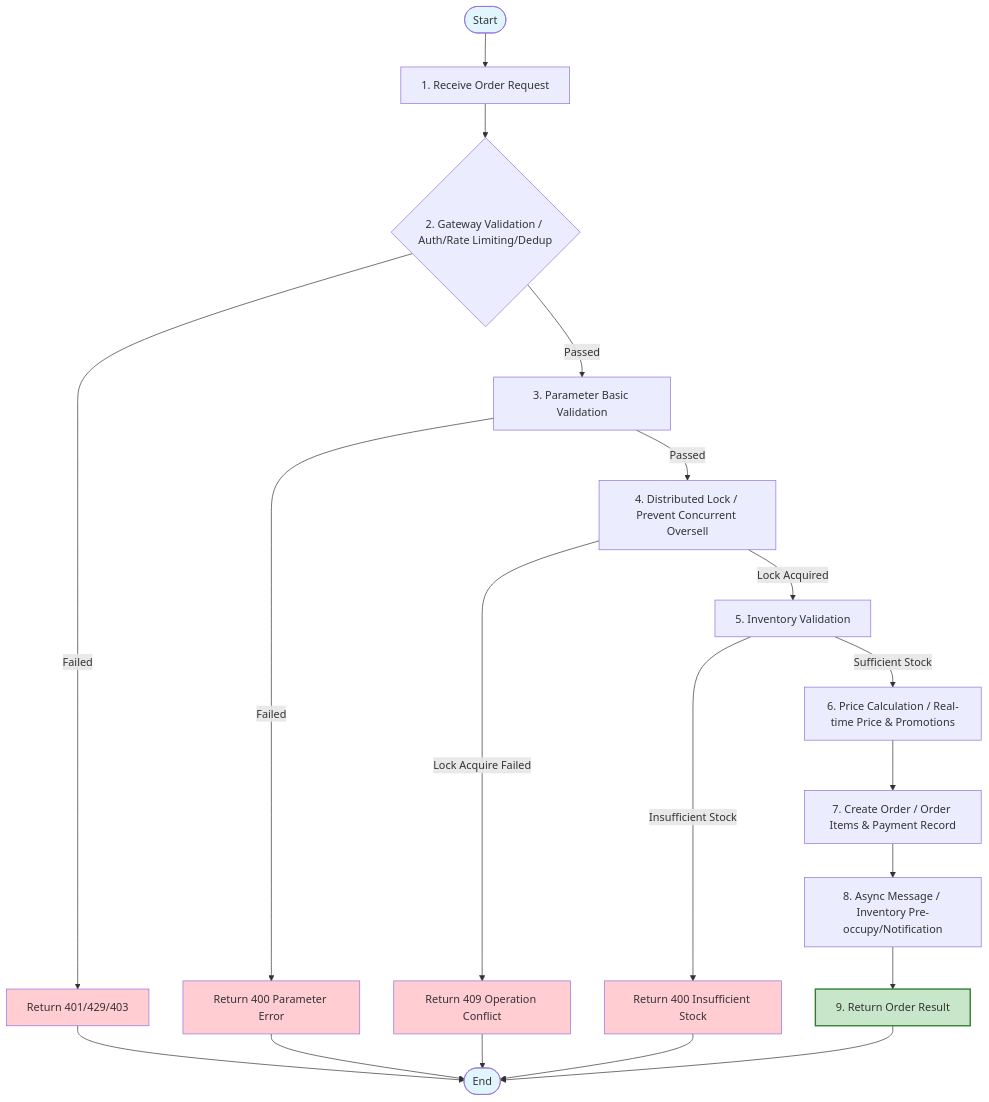
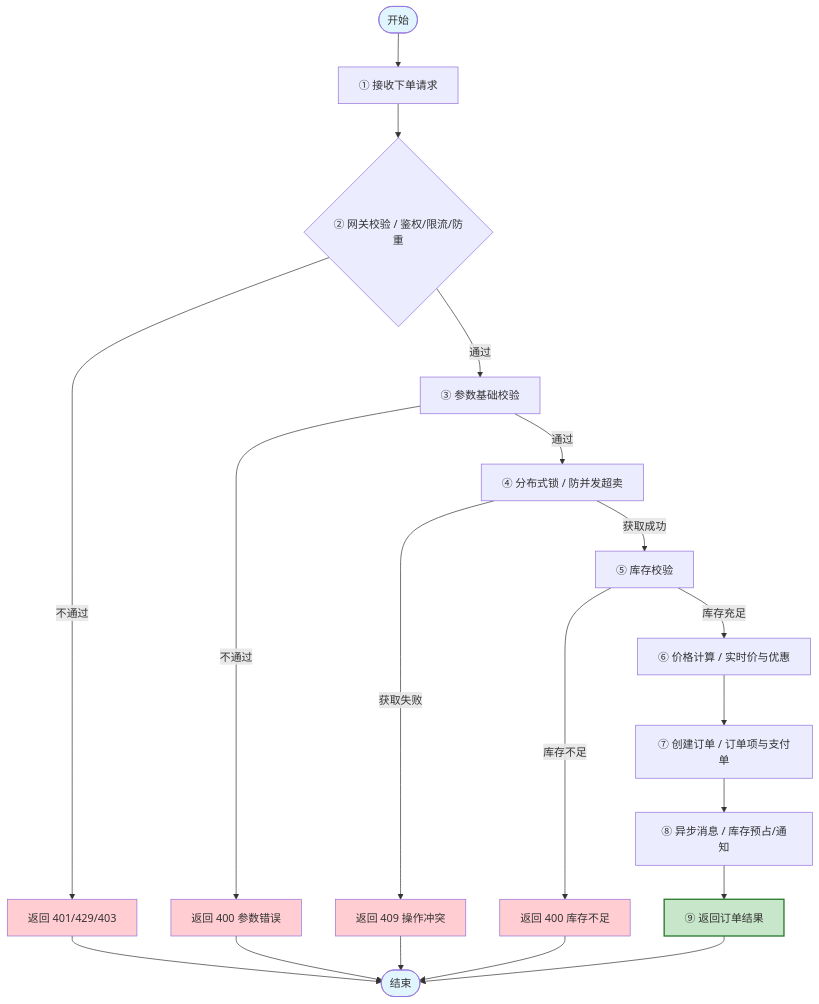
Before and after one commit to Kirky-X/cangjie: the sixth of 11 diagrams in templates/Product/Product/Template-FRD.md, drawn with Mermaid. The commit also changed other lines of this file and 33 other files, not shown here.

````diff
--- a/templates/Product/Product/Template-FRD.md
+++ b/templates/Product/Product/Template-FRD.md
@@ -240,30 +240,30 @@
 ```mermaid
 flowchart TD
-    Start([Start]) --> A[1. Receive Order Request]
-    A --> B{2. Gateway Validation / Auth/Rate Limiting/Dedup}
-    B -->|Failed| C[Return 401/429/403]
-    B -->|Passed| D[3. Parameter Basic Validation]
-    D -->|Failed| E[Return 400 Parameter Error]
-    D -->|Passed| F[4. Distributed Lock / Prevent Concurrent Oversell]
-    F -->|Lock Acquire Failed| G[Return 409 Operation Conflict]
-    F -->|Lock Acquired| H[5. Inventory Validation]
-    H -->|Insufficient Stock| I[Return 400 Insufficient Stock]
-    H -->|Sufficient Stock| J[6. Price Calculation / Real-time Price & Promotions]
-    J --> K[7. Create Order / Order Items & Payment Record]
-    K --> L[8. Async Message / Inventory Pre-occupy/Notification]
-    L --> M[9. Return Order Result]
-    M --> End([End])
+    Start([开始]) --> A[① 接收下单请求]
+    A --> B{② 网关校验 / 鉴权/限流/防重}
+    B -->|不通过| C[返回 401/429/403]
+    B -->|通过| D[③ 参数基础校验]
+    D -->|不通过| E[返回 400 参数错误]
+    D -->|通过| F[④ 分布式锁 / 防并发超卖]
+    F -->|获取失败| G[返回 409 操作冲突]
+    F -->|获取成功| H[⑤ 库存校验]
+    H -->|库存不足| I[返回 400 库存不足]
+    H -->|库存充足| J[⑥ 价格计算 / 实时价与优惠]
+    J --> K[⑦ 创建订单 / 订单项与支付单]
+    K --> L[⑧ 异步消息 / 库存预占/通知]
+    L --> M[⑨ 返回订单结果]
+    M --> End([结束])
 
     C --> End
     E --> End
     G --> End
     I --> End
 
     style Start fill:#e1f5fe
     style End fill:#e1f5fe
     style M fill:#c8e6c9,stroke:#2e7d32,stroke-width:2px
     style C fill:#ffcdd2
     style E fill:#ffcdd2
     style G fill:#ffcdd2
     style I fill:#ffcdd2
 ```
````
